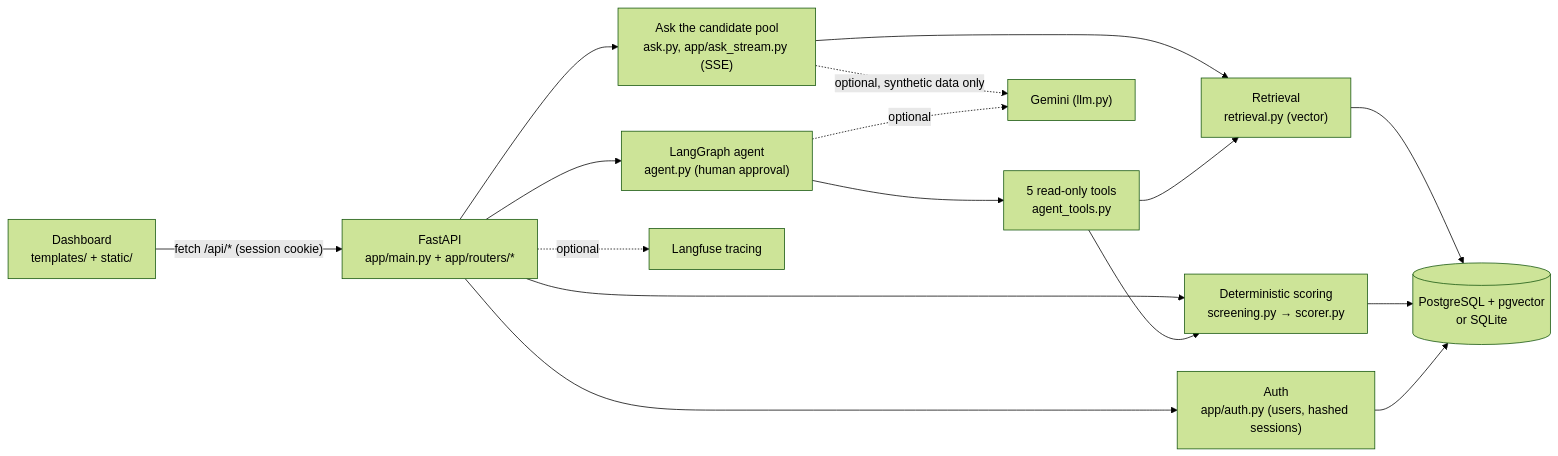
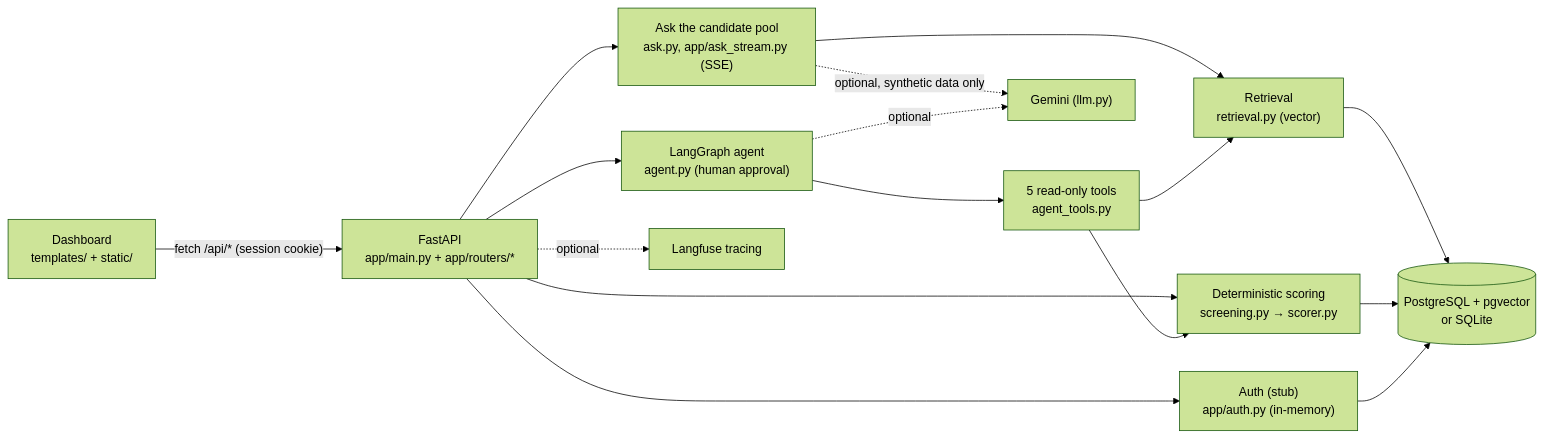
One commit to MuthuVarshith/Hire-AI changed the diagram in README.md. Above: the diagram before and after it, drawn with Mermaid (forest theme). The commit also changed other lines of this file, not shown here.

Commit message:
Document the auth stub accurately in the README

````diff
--- a/README.md
+++ b/README.md
@@ -112,18 +112,18 @@
 ```mermaid
 flowchart LR
     UI["Dashboard<br/>templates/ + static/"] -- "fetch /api/* (session cookie)" --> API["FastAPI<br/>app/main.py + app/routers/*"]
-    API --> AUTH["Auth<br/>app/auth.py (users, hashed sessions)"]
+    API --> AUTH["Auth (stub)<br/>app/auth.py (in-memory)"]
     API --> SCORE["Deterministic scoring<br/>screening.py → scorer.py"]
     API --> ASK["Ask the candidate pool<br/>ask.py, app/ask_stream.py (SSE)"]
     API --> AGENT["LangGraph agent<br/>agent.py (human approval)"]
     ASK --> RET["Retrieval<br/>retrieval.py (vector)"]
     AGENT --> TOOLS["5 read-only tools<br/>agent_tools.py"]
     TOOLS --> SCORE
     TOOLS --> RET
     RET --> DB[("PostgreSQL + pgvector<br/>or SQLite")]
     SCORE --> DB
     AUTH --> DB
     ASK -. "optional, synthetic data only" .-> LLM["Gemini (llm.py)"]
     AGENT -. "optional" .-> LLM
     API -. "optional" .-> LF["Langfuse tracing"]
 ```
````
